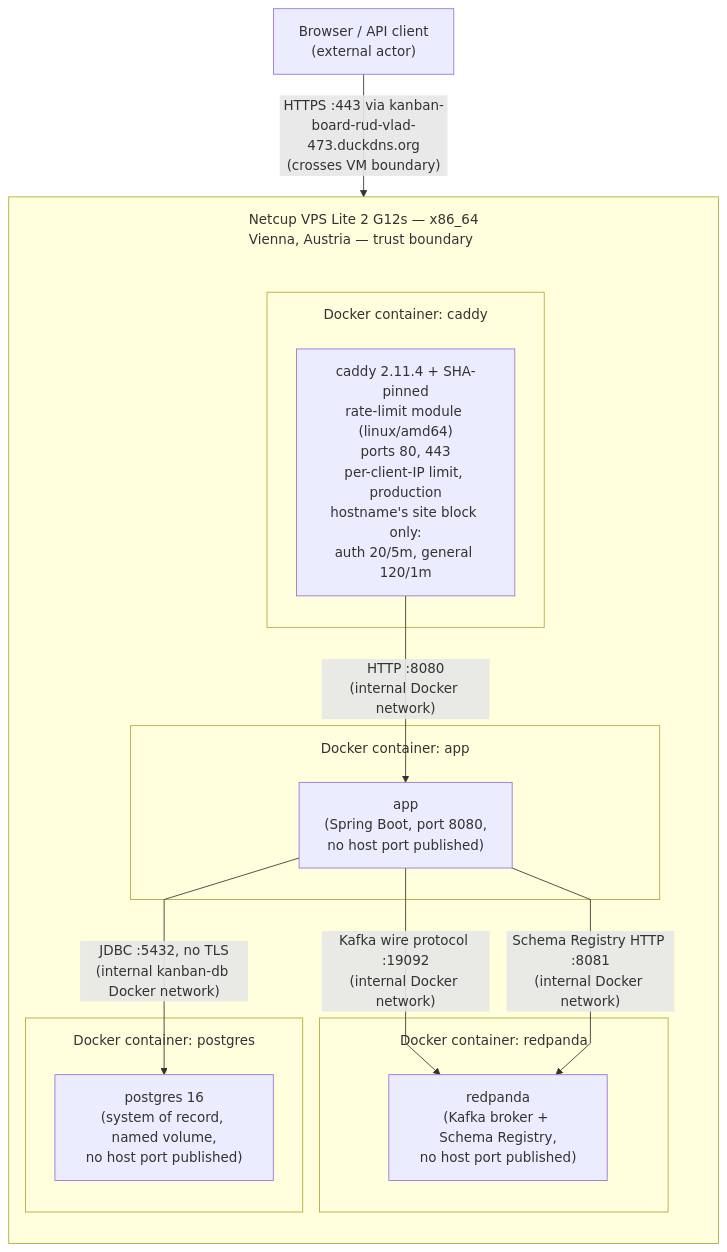
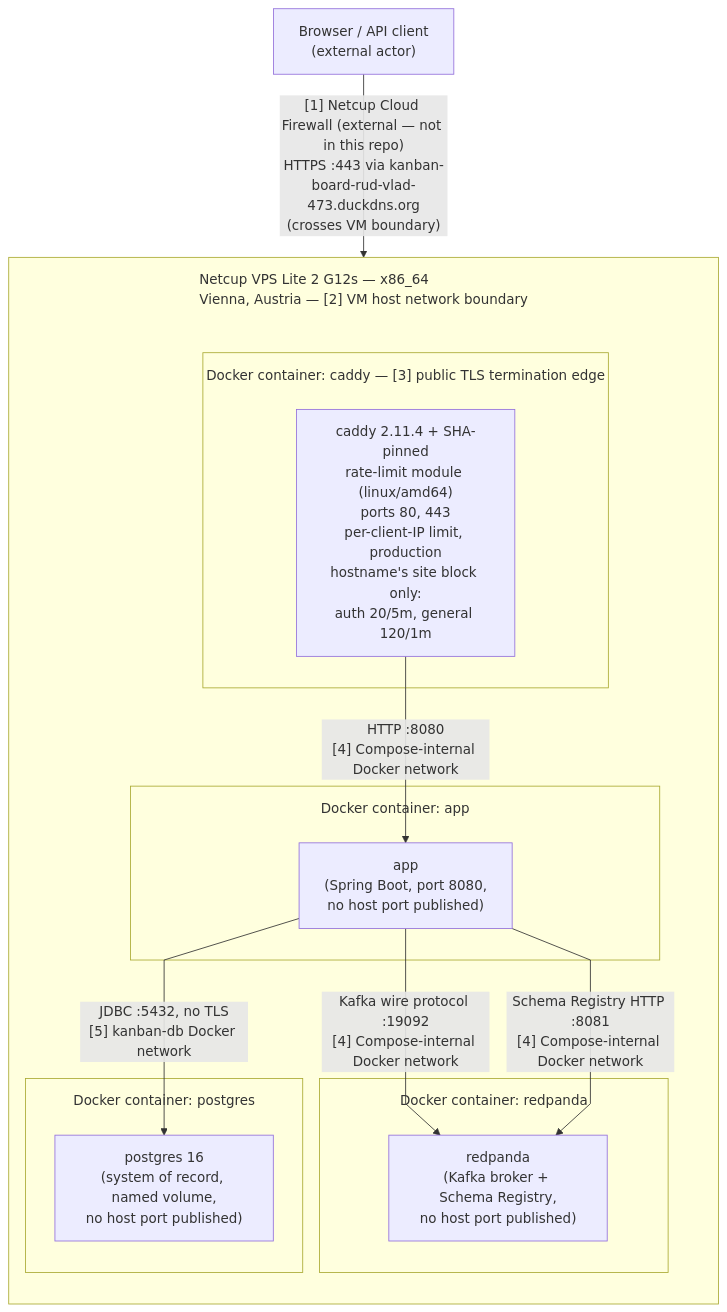
The diagram in docs/diagrams/infra-physical-deployment.mmd (RudVlad473/kanban-board-backend), drawn with Mermaid before and after one commit. The commit also changed 5 other files, not shown here.

```diff
--- a/docs/diagrams/infra-physical-deployment.mmd
+++ b/docs/diagrams/infra-physical-deployment.mmd
@@ -1,32 +1,32 @@
 %%{init: {"flowchart": {"subGraphTitleMargin": {"top": 15, "bottom": 15}, "curve": "linear"}}}%%
 flowchart TB
     client["Browser / API client<br/>(external actor)"]
 
-    subgraph netcup["Netcup VPS Lite 2 G12s — x86_64<br/>Vienna, Austria — trust boundary"]
+    subgraph netcup["Netcup VPS Lite 2 G12s — x86_64<br/>Vienna, Austria — [2] VM host network boundary"]
         direction TB
 
         netcup_spacer[" "]
         style netcup_spacer height:1px,fill:none,stroke:none
 
-        subgraph caddy_box["Docker container: caddy"]
+        subgraph caddy_box["Docker container: caddy — [3] public TLS termination edge"]
             caddy["caddy 2.11.4 + SHA-pinned<br/>rate-limit module (linux/amd64)<br/>ports 80, 443<br/>per-client-IP limit, production<br/>hostname's site block only:<br/>auth 20/5m, general 120/1m"]
         end
         netcup_spacer ~~~ caddy_box
         subgraph app_box["Docker container: app"]
             app["app<br/>(Spring Boot, port 8080,<br/>no host port published)"]
         end
         subgraph redpanda_box["Docker container: redpanda"]
             redpanda["redpanda<br/>(Kafka broker + Schema Registry,<br/>no host port published)"]
         end
         subgraph postgres_box["Docker container: postgres"]
             postgres["postgres 16<br/>(system of record, named volume,<br/>no host port published)"]
         end
 
-        caddy -- "HTTP :8080<br/>(internal Docker network)" --> app
-        app -- "Kafka wire protocol :19092<br/>(internal Docker network)" --> redpanda
-        app -- "Schema Registry HTTP :8081<br/>(internal Docker network)" --> redpanda
-        app -- "JDBC :5432, no TLS<br/>(internal kanban-db Docker network)" --> postgres
+        caddy -- "HTTP :8080<br/>[4] Compose-internal Docker network" --> app
+        app -- "Kafka wire protocol :19092<br/>[4] Compose-internal Docker network" --> redpanda
+        app -- "Schema Registry HTTP :8081<br/>[4] Compose-internal Docker network" --> redpanda
+        app -- "JDBC :5432, no TLS<br/>[5] kanban-db Docker network" --> postgres
     end
 
 
-    client -- "HTTPS :443 via kanban-board-rud-vlad-473.duckdns.org<br/>(crosses VM boundary)" --> caddy
+    client -- "[1] Netcup Cloud Firewall (external — not in this repo)<br/>HTTPS :443 via kanban-board-rud-vlad-473.duckdns.org<br/>(crosses VM boundary)" --> caddy
```
